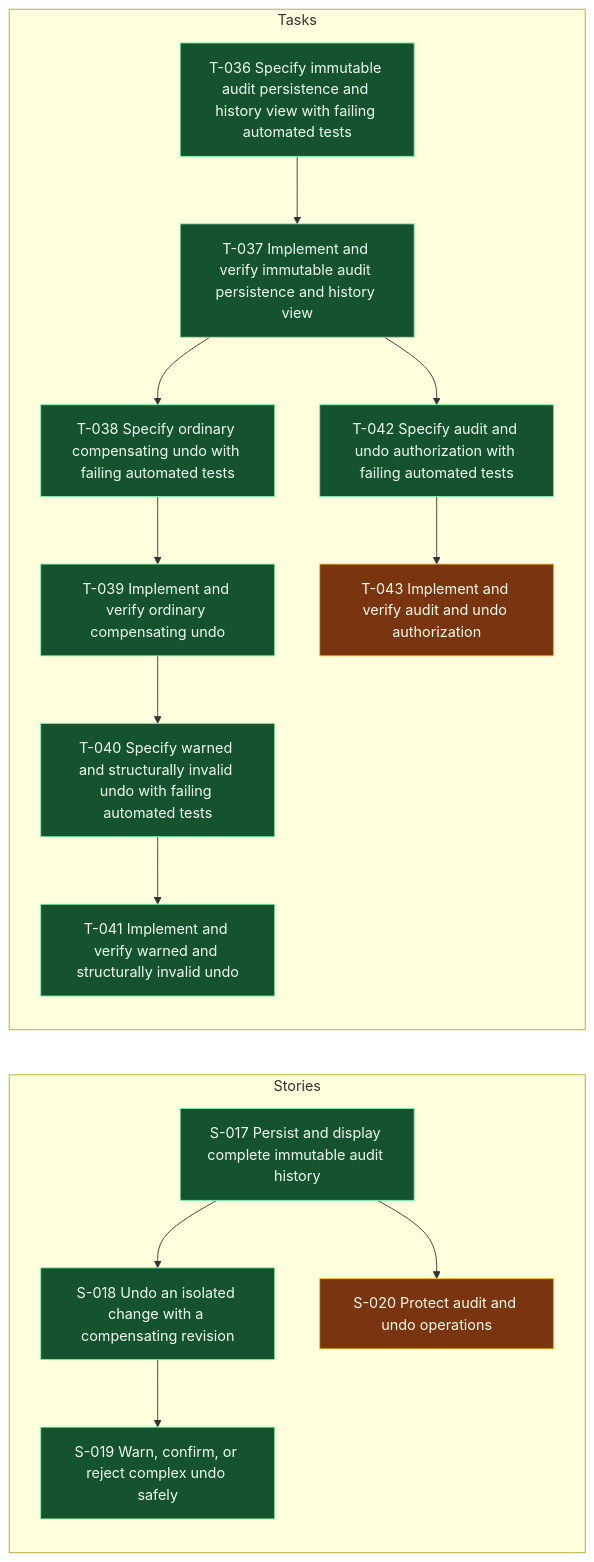
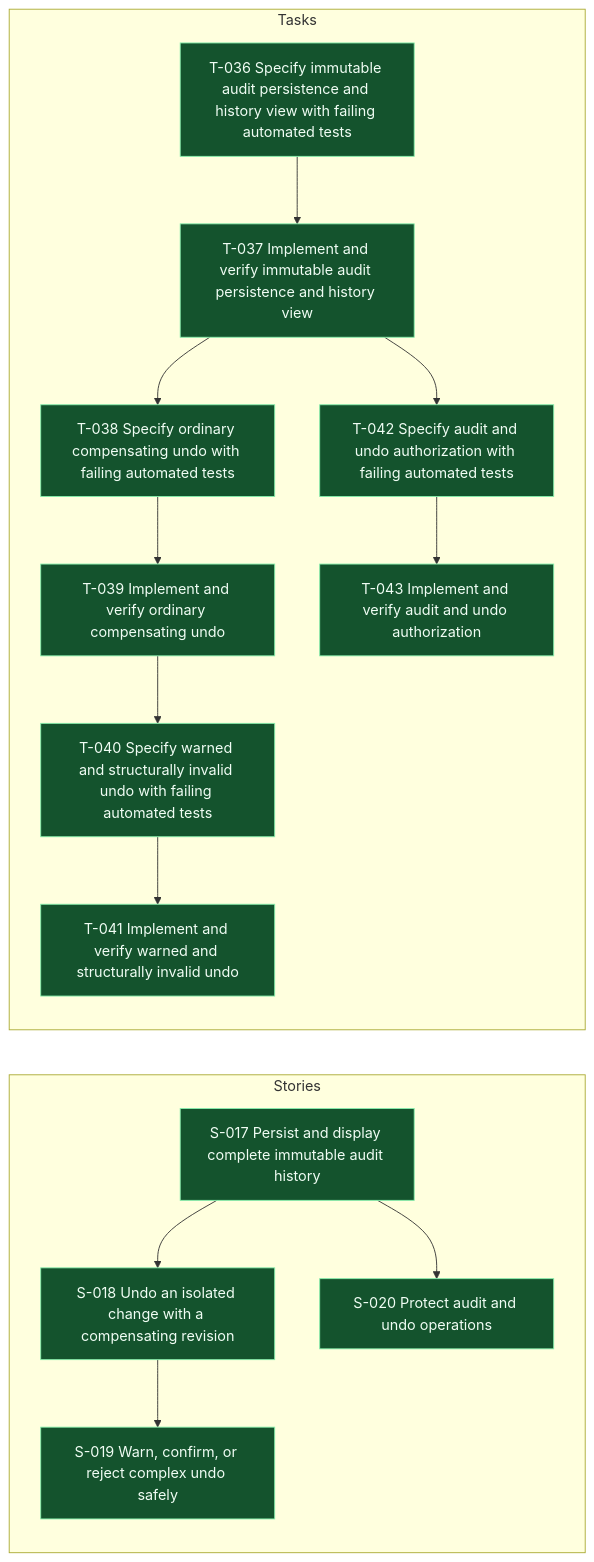
One commit to andybalham/invite-agent changed the diagram in .worktracker/graphs/E-006.mmd. Above: the diagram before and after it, drawn with Mermaid. The commit also changed 6 other files, not shown here.

Commit message:
feat: mark audit and undo authorization implementation as complete

```diff
--- a/.worktracker/graphs/E-006.mmd
+++ b/.worktracker/graphs/E-006.mmd
@@ -1,44 +1,44 @@
 graph LR
   classDef done fill:#14532d,stroke:#86efac,color:#f0fdf4;
   classDef blocked fill:#7f1d1d,stroke:#fca5a5,color:#fff7f7;
   classDef inprogress fill:#78350f,stroke:#fbbf24,color:#fffbeb;
   classDef todo fill:#1e3a8a,stroke:#93c5fd,color:#eff6ff;
   classDef empty fill:#374151,stroke:#d1d5db,color:#f9fafb,stroke-dasharray: 3 3;
   subgraph Stories
     S017["S-017 Persist and display complete immutable audit history"]:::done
     S018["S-018 Undo an isolated change with a compensating revision"]:::done
     S019["S-019 Warn, confirm, or reject complex undo safely"]:::done
-    S020["S-020 Protect audit and undo operations"]:::inprogress
+    S020["S-020 Protect audit and undo operations"]:::done
     S017 --> S018
     S017 --> S020
     S018 --> S019
   end
   subgraph Tasks
     T036["T-036 Specify immutable audit persistence and history view with failing automated tests"]:::done
     T037["T-037 Implement and verify immutable audit persistence and history view"]:::done
     T038["T-038 Specify ordinary compensating undo with failing automated tests"]:::done
     T039["T-039 Implement and verify ordinary compensating undo"]:::done
     T040["T-040 Specify warned and structurally invalid undo with failing automated tests"]:::done
     T041["T-041 Implement and verify warned and structurally invalid undo"]:::done
     T042["T-042 Specify audit and undo authorization with failing automated tests"]:::done
-    T043["T-043 Implement and verify audit and undo authorization"]:::inprogress
+    T043["T-043 Implement and verify audit and undo authorization"]:::done
     T036 --> T037
     T037 --> T038
     T037 --> T042
     T038 --> T039
     T039 --> T040
     T040 --> T041
     T042 --> T043
   end
   click S017 "../entities/S-017-persist-and-display-complete-immutable-audit-history.md"
   click S018 "../entities/S-018-undo-an-isolated-change-with-a-compensating-revision.md"
   click S019 "../entities/S-019-warn-confirm-or-reject-complex-undo-safely.md"
   click S020 "../entities/S-020-protect-audit-and-undo-operations.md"
   click T036 "../entities/T-036-specify-immutable-audit-persistence-and-history-view-with-failing-automated-tests.md"
   click T037 "../entities/T-037-implement-and-verify-immutable-audit-persistence-and-history-view.md"
   click T038 "../entities/T-038-specify-ordinary-compensating-undo-with-failing-automated-tests.md"
   click T039 "../entities/T-039-implement-and-verify-ordinary-compensating-undo.md"
   click T040 "../entities/T-040-specify-warned-and-structurally-invalid-undo-with-failing-automated-tests.md"
   click T041 "../entities/T-041-implement-and-verify-warned-and-structurally-invalid-undo.md"
   click T042 "../entities/T-042-specify-audit-and-undo-authorization-with-failing-automated-tests.md"
   click T043 "../entities/T-043-implement-and-verify-audit-and-undo-authorization.md"
```
